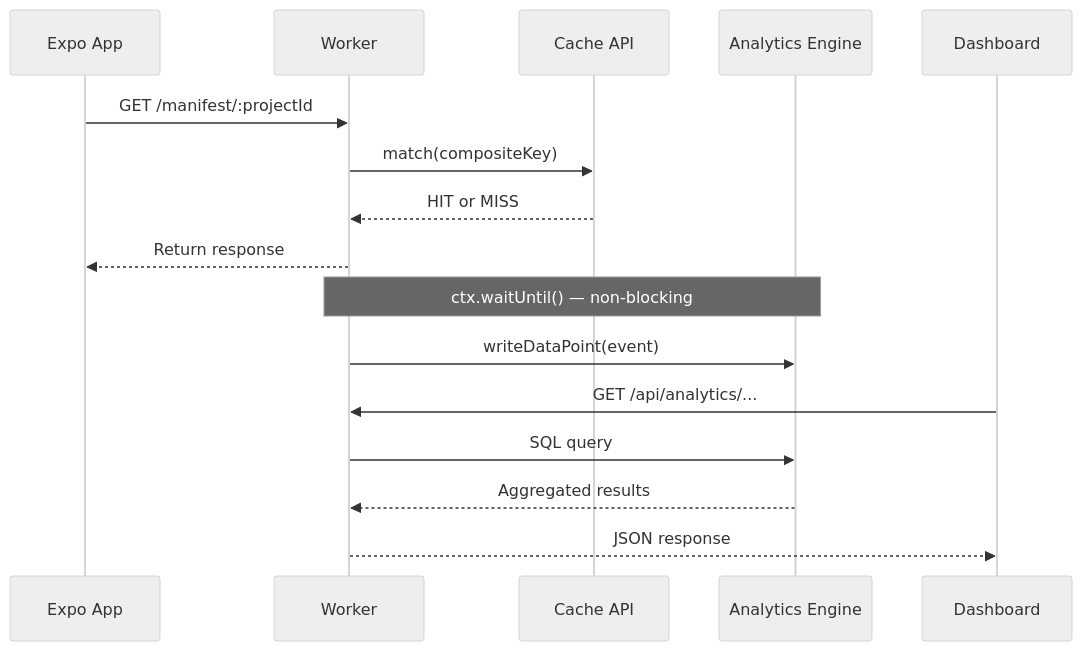
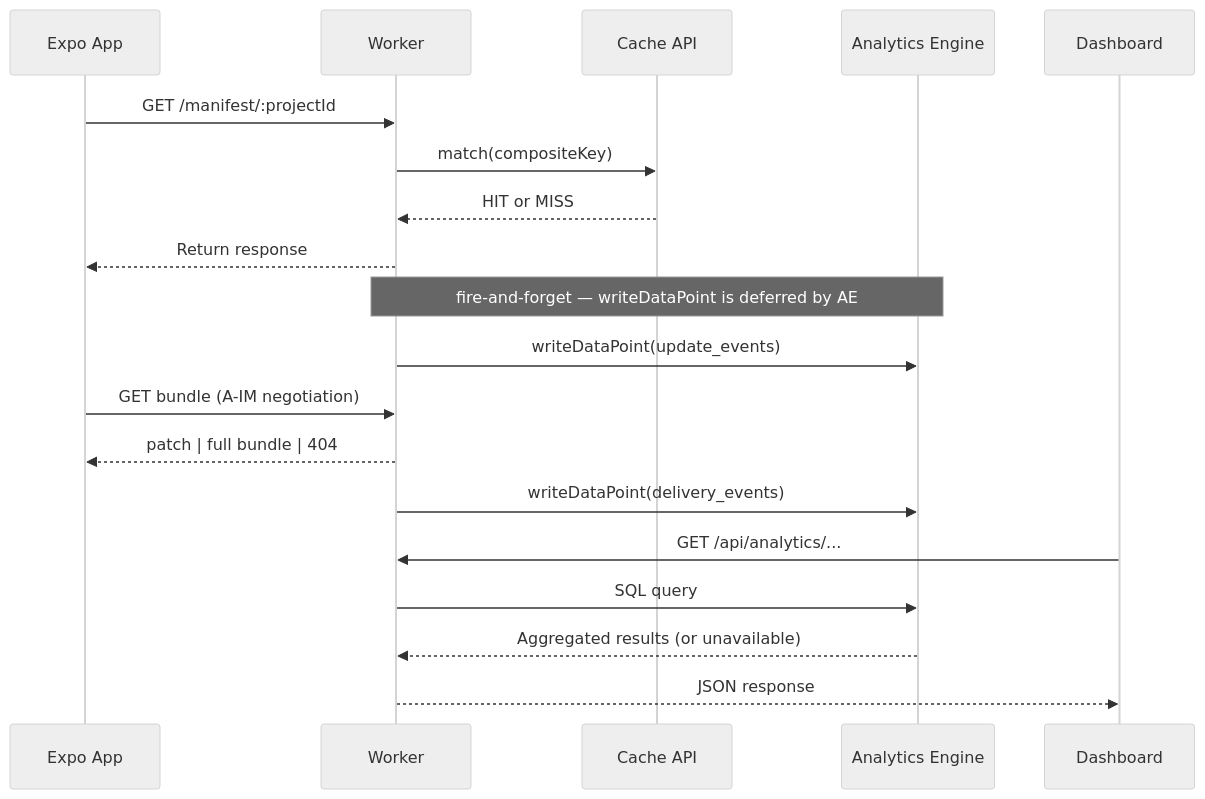
The first of 2 diagrams in docs/specs/server/18-deployment-analytics.md (aislopware/better-update), drawn with Mermaid (neutral theme) before and after one commit. The commit also changed other lines of this file and 35 other files, not shown here.

````diff
--- a/docs/specs/server/18-deployment-analytics.md
+++ b/docs/specs/server/18-deployment-analytics.md
@@ -18,21 +21,25 @@
 ```mermaid
 sequenceDiagram
     participant App as Expo App
     participant W as Worker
     participant Cache as Cache API
     participant WAE as Analytics Engine
     participant Dash as Dashboard
 
     App->>W: GET /manifest/:projectId
     W->>Cache: match(compositeKey)
     Cache-->>W: HIT or MISS
     W-->>App: Return response
 
-    Note over W,WAE: ctx.waitUntil() — non-blocking
-    W->>WAE: writeDataPoint(event)
+    Note over W,WAE: fire-and-forget — writeDataPoint is deferred by AE
+    W->>WAE: writeDataPoint(update_events)
+
+    App->>W: GET bundle (A-IM negotiation)
+    W-->>App: patch | full bundle | 404
+    W->>WAE: writeDataPoint(delivery_events)
 
     Dash->>W: GET /api/analytics/...
     W->>WAE: SQL query
-    WAE-->>W: Aggregated results
+    WAE-->>W: Aggregated results (or unavailable)
     W-->>Dash: JSON response
 ```
````
